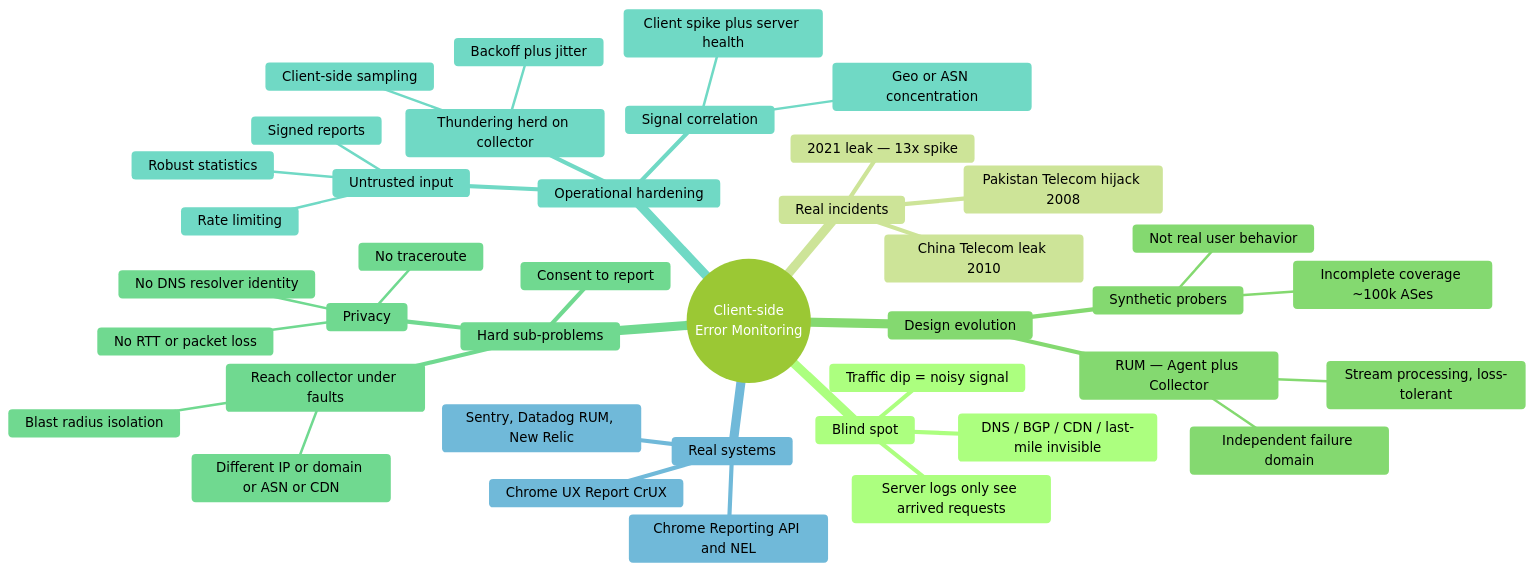
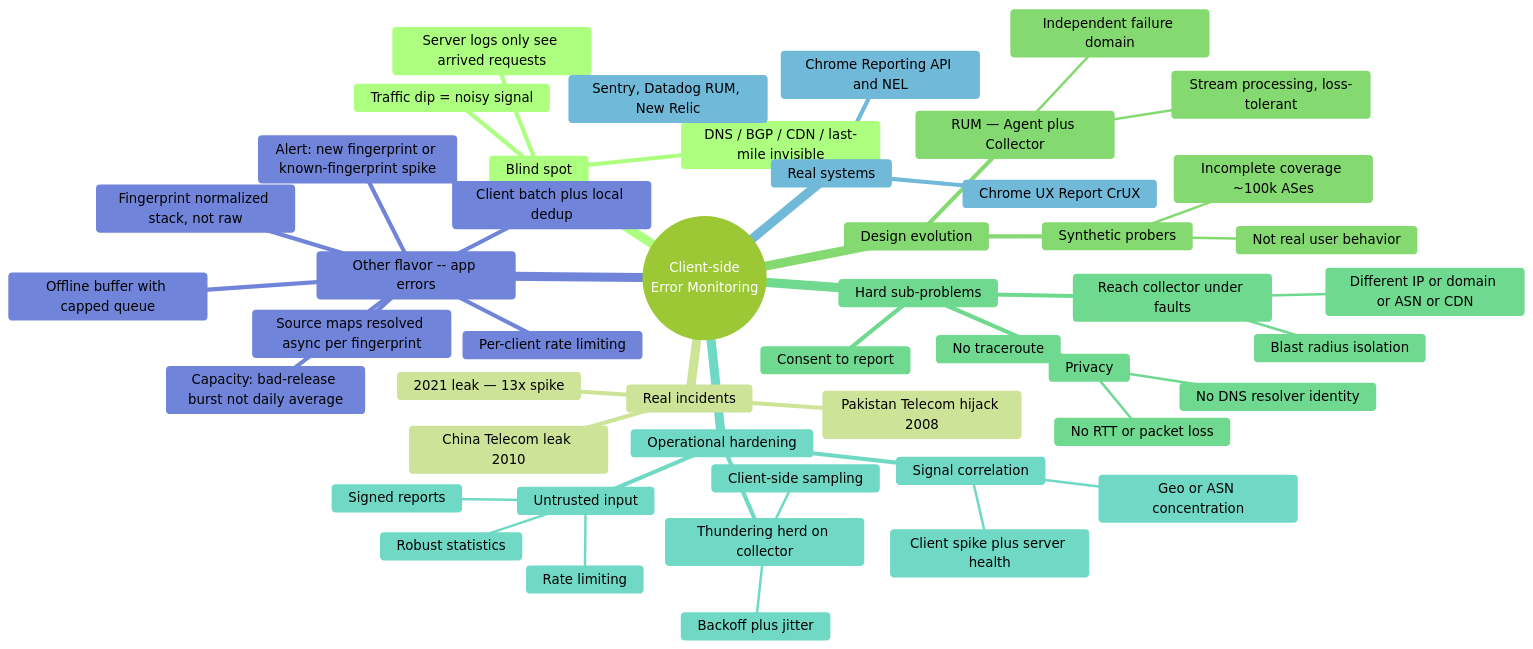
One commit to riyaz-pasha/Learnings changed diagram 22 of 22 in system-design/HLD/0-course/15-Monitor-Client-side-Errors-FAANG-Guide.md. Above: the diagram before and after it, drawn with Mermaid (forest theme). The commit also changed other lines of this file and 50 other files, not shown here.

````diff
--- a/system-design/HLD/0-course/15-Monitor-Client-side-Errors-FAANG-Guide.md
+++ b/system-design/HLD/0-course/15-Monitor-Client-side-Errors-FAANG-Guide.md
@@ -330,43 +633,51 @@
 ```mermaid
 mindmap
   root((Client-side<br/>Error Monitoring))
     Blind spot
       Server logs only see arrived requests
       DNS / BGP / CDN / last-mile invisible
       Traffic dip = noisy signal
     Real incidents
       Pakistan Telecom hijack 2008
       China Telecom leak 2010
       2021 leak — 13x spike
     Design evolution
       Synthetic probers
         Incomplete coverage ~100k ASes
         Not real user behavior
       RUM — Agent plus Collector
         Independent failure domain
         Stream processing, loss-tolerant
     Hard sub-problems
       Consent to report
       Reach collector under faults
         Different IP or domain or ASN or CDN
         Blast radius isolation
       Privacy
         No traceroute
         No DNS resolver identity
         No RTT or packet loss
     Operational hardening
       Thundering herd on collector
         Backoff plus jitter
         Client-side sampling
       Untrusted input
         Rate limiting
         Robust statistics
         Signed reports
       Signal correlation
         Client spike plus server health
         Geo or ASN concentration
     Real systems
       Chrome Reporting API and NEL
       Chrome UX Report CrUX
       Sentry, Datadog RUM, New Relic
+    Other flavor -- app errors
+      Capacity: bad-release burst not daily average
+      Client batch plus local dedup
+      Fingerprint normalized stack, not raw
+      Source maps resolved async per fingerprint
+      Per-client rate limiting
+      Offline buffer with capped queue
+      Alert: new fingerprint or known-fingerprint spike
 ```
````
